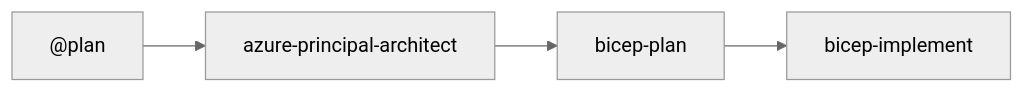
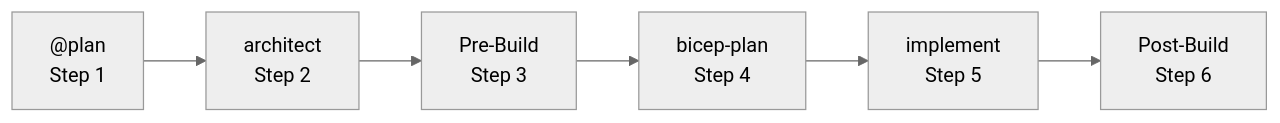
One commit to genaisrini/azure-agentic-infraops changed the diagram in docs/workflow/README.md. Above: the diagram before and after it, drawn with Mermaid. The commit also changed other lines of this file and 31 other files, not shown here.

First line of the commit message:
Update to 6-step workflow: documentation fixes and diagram regeneration

````diff
--- a/docs/workflow/README.md
+++ b/docs/workflow/README.md
@@ -7,7 +7,9 @@
 ```mermaid
 %%{init: {'theme':'neutral'}}%%
 graph LR
-    A["@plan"] --> B["azure-principal-architect"]
-    B --> C["bicep-plan"]
-    C --> D["bicep-implement"]
+    A["@plan<br/>Step 1"] --> B["architect<br/>Step 2"]
+    B --> C["Pre-Build<br/>Step 3"]
+    C --> D["bicep-plan<br/>Step 4"]
+    D --> E["implement<br/>Step 5"]
+    E --> F["Post-Build<br/>Step 6"]
 ```
````
